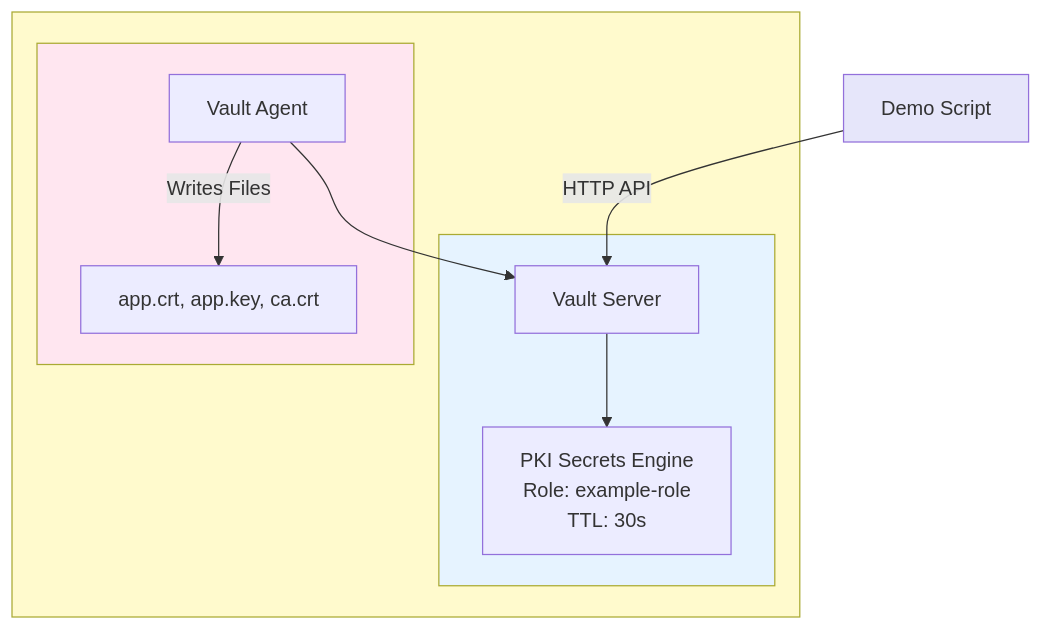
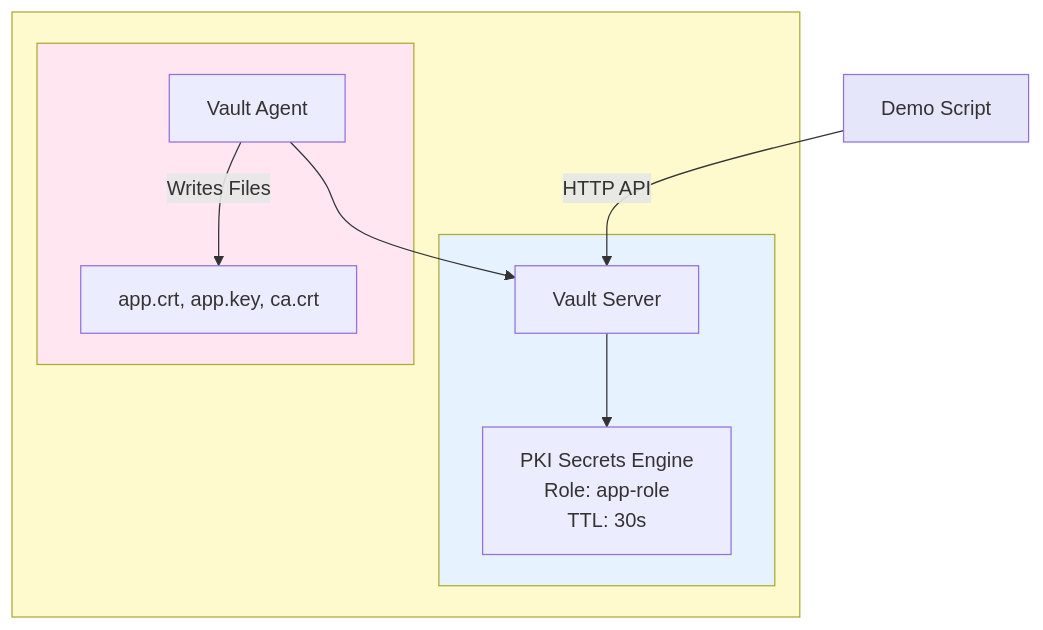
The ninth of 12 diagrams in agent-demo-diagrams.md (songlining/pki), drawn with Mermaid before and after one commit. The commit also changed other lines of this file and 34 other files, not shown here.

````diff
--- a/agent-demo-diagrams.md
+++ b/agent-demo-diagrams.md
@@ -373,29 +373,29 @@
 ```mermaid
 graph TB
     Client[Demo Script]
     
     Client -->|HTTP API| VaultServer
 
     subgraph DockerNetwork[" "]
         subgraph VaultContainer[" "]
             VaultServer[Vault Server]
             VaultServer --> PKIEngine
         end
         
         subgraph AgentContainer[" "]
             AgentProxy[Vault Agent]
             AgentProxy -->|Writes Files| OutputFiles
         end
         
-        PKIEngine[PKI Secrets Engine<br/>Role: example-role<br/>TTL: 30s]
+        PKIEngine[PKI Secrets Engine<br/>Role: app-role<br/>TTL: 30s]
         
         OutputFiles[app.crt, app.key, ca.crt]
     end
     
     AgentProxy --> VaultServer
     
     style DockerNetwork fill:#fffacd
     style VaultContainer fill:#e6f3ff
     style AgentContainer fill:#ffe6f0
     style Client fill:#e6e6fa
 ```
````
